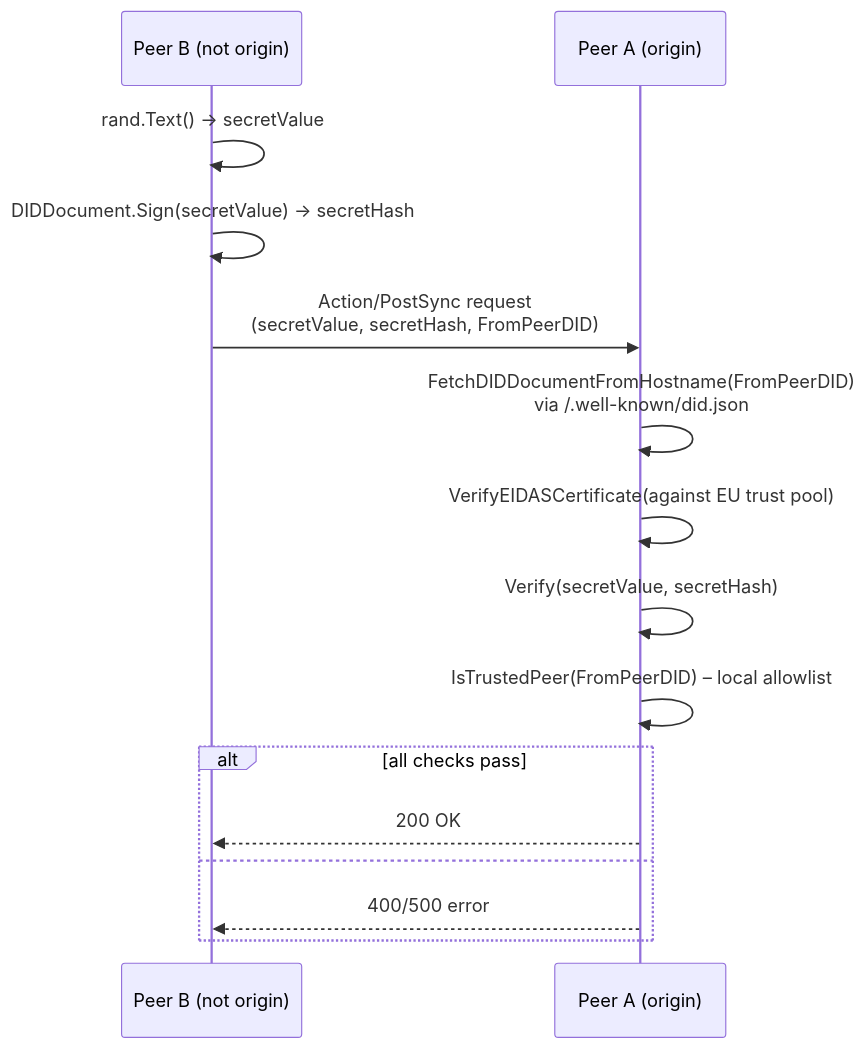
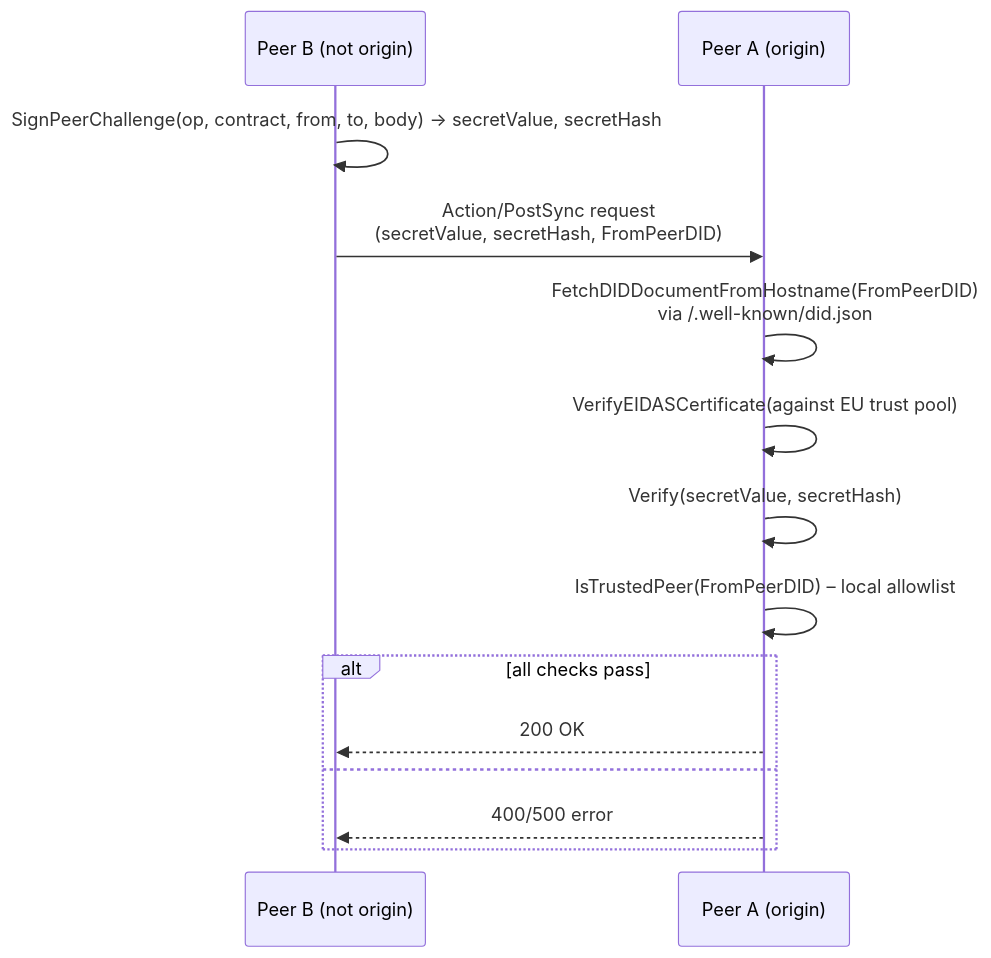
One commit to arnemileswinter/facis-dcs changed the eighth of 9 diagrams in docs/backend/en/architecture.md. Above: the diagram before and after it, drawn with Mermaid. The commit also changed 3 other files, not shown here.

Commit message:
docs(ADR-13, ADR-19): the dcs-peer-v1 challenge, the trust gate on every peer endpoint, termination and erase delivery

````diff
--- a/docs/backend/en/architecture.md
+++ b/docs/backend/en/architecture.md
@@ -321,18 +321,17 @@
 ```mermaid
 sequenceDiagram
     participant Slave as Peer B (not origin)
     participant Master as Peer A (origin)
 
-    Slave->>Slave: rand.Text() → secretValue
-    Slave->>Slave: DIDDocument.Sign(secretValue) → secretHash
+    Slave->>Slave: SignPeerChallenge(op, contract, from, to, body) → secretValue, secretHash
     Slave->>Master: Action/PostSync request<br/>(secretValue, secretHash, FromPeerDID)
     Master->>Master: FetchDIDDocumentFromHostname(FromPeerDID)<br/>via /.well-known/did.json
     Master->>Master: VerifyEIDASCertificate(against EU trust pool)
     Master->>Master: Verify(secretValue, secretHash)
     Master->>Master: IsTrustedPeer(FromPeerDID) – local allowlist
     alt all checks pass
         Master-->>Slave: 200 OK
     else
         Master-->>Slave: 400/500 error
     end
 ```
````
